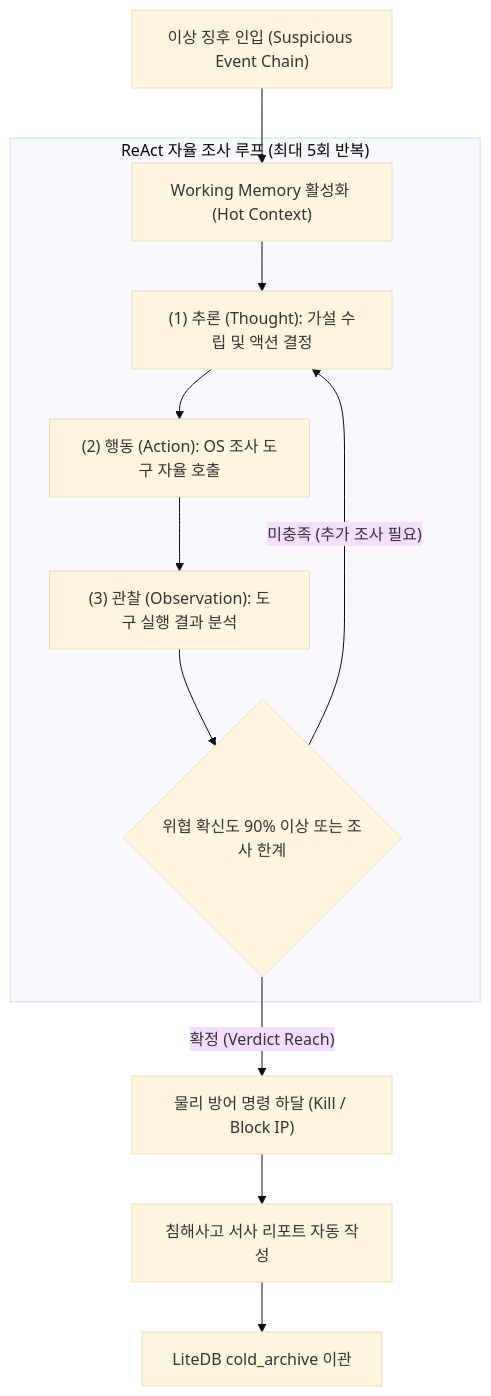
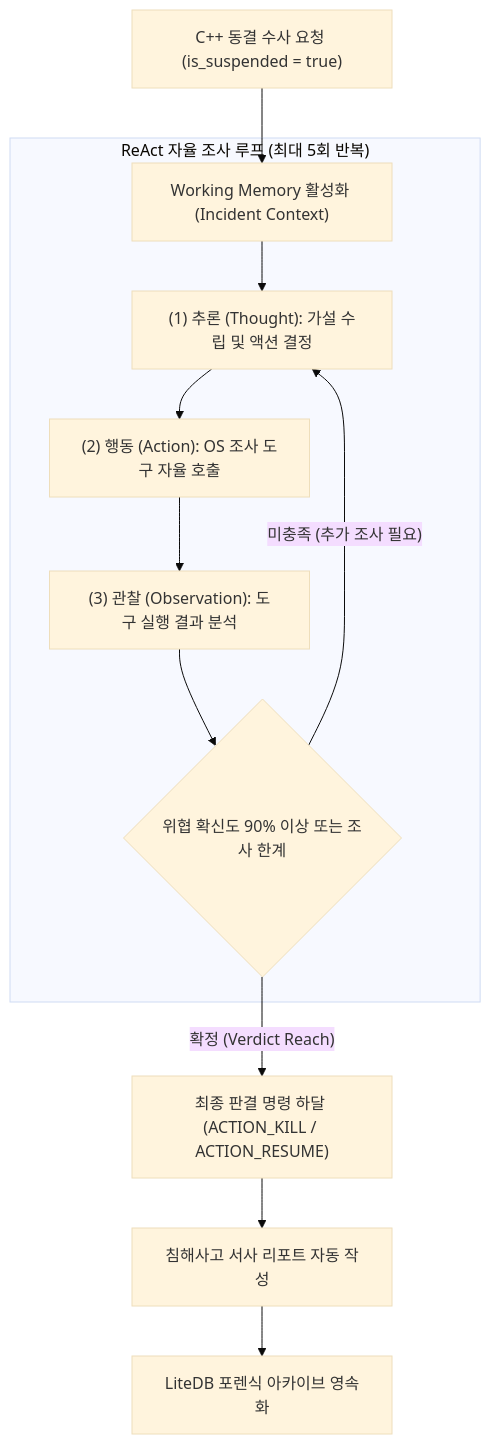
The first of 2 diagrams in Phalanx/docs/02_ai_agent_investigation_design.md (jin20203458/Obsidian.Agent), drawn with Mermaid (base theme) before and after one commit. The commit also changed other lines of this file and 3 other files, not shown here.

````diff
--- a/Phalanx/docs/02_ai_agent_investigation_design.md
+++ b/Phalanx/docs/02_ai_agent_investigation_design.md
@@ -19,16 +19,17 @@
 ```mermaid
 flowchart TD
-    Trigger["이상 징후 인입 (Suspicious Event Chain)"] --> Ingest["Working Memory 활성화 (Hot Context)"]
+    Trigger["C++ 동결 수사 요청 (is_suspended = true)"] --> Ingest["Working Memory 활성화 (Incident Context)"]
     
     subgraph REACT_LOOP ["ReAct 자율 조사 루프 (최대 5회 반복)"]
         Ingest --> Thought["(1) 추론 (Thought): 가설 수립 및 액션 결정"]
         Thought --> ToolAction["(2) 행동 (Action): OS 조사 도구 자율 호출"]
         ToolAction --> Observation["(3) 관찰 (Observation): 도구 실행 결과 분석"]
-        Observation --> Decision{"위협 확신도 90% 이상 또는 조사 한계"}
+        Decision{"위협 확신도 90% 이상 또는 조사 한계"}
+        Observation --> Decision
         Decision -->|"미충족 (추가 조사 필요)"| Thought
     end
 
-    Decision -->|"확정 (Verdict Reach)"| Mitigation["물리 방어 명령 하달 (Kill / Block IP)"]
+    Decision -->|"확정 (Verdict Reach)"| Mitigation["최종 판결 명령 하달 (ACTION_KILL / ACTION_RESUME)"]
     Mitigation --> Narrative["침해사고 서사 리포트 자동 작성"]
-    Narrative --> ColdArchive["LiteDB cold_archive 이관"]
+    Narrative --> ColdArchive["LiteDB 포렌식 아카이브 영속화"]
 ```
````
